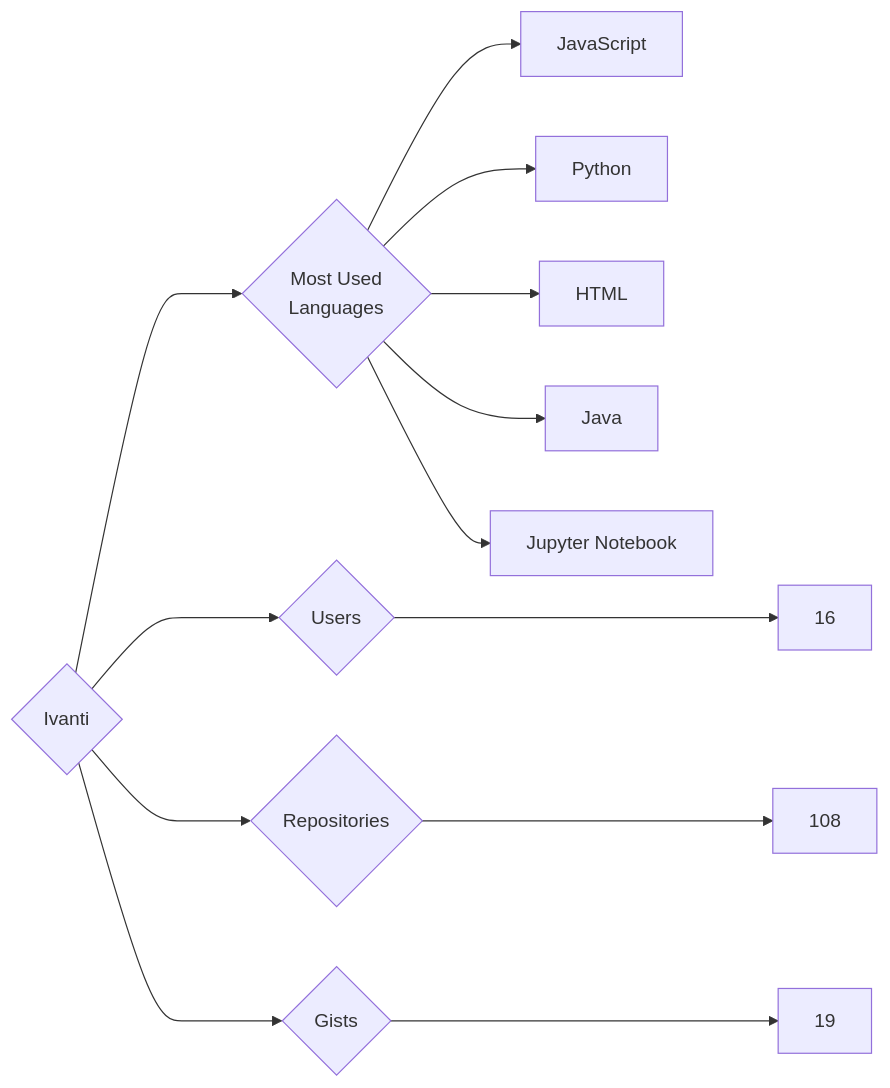
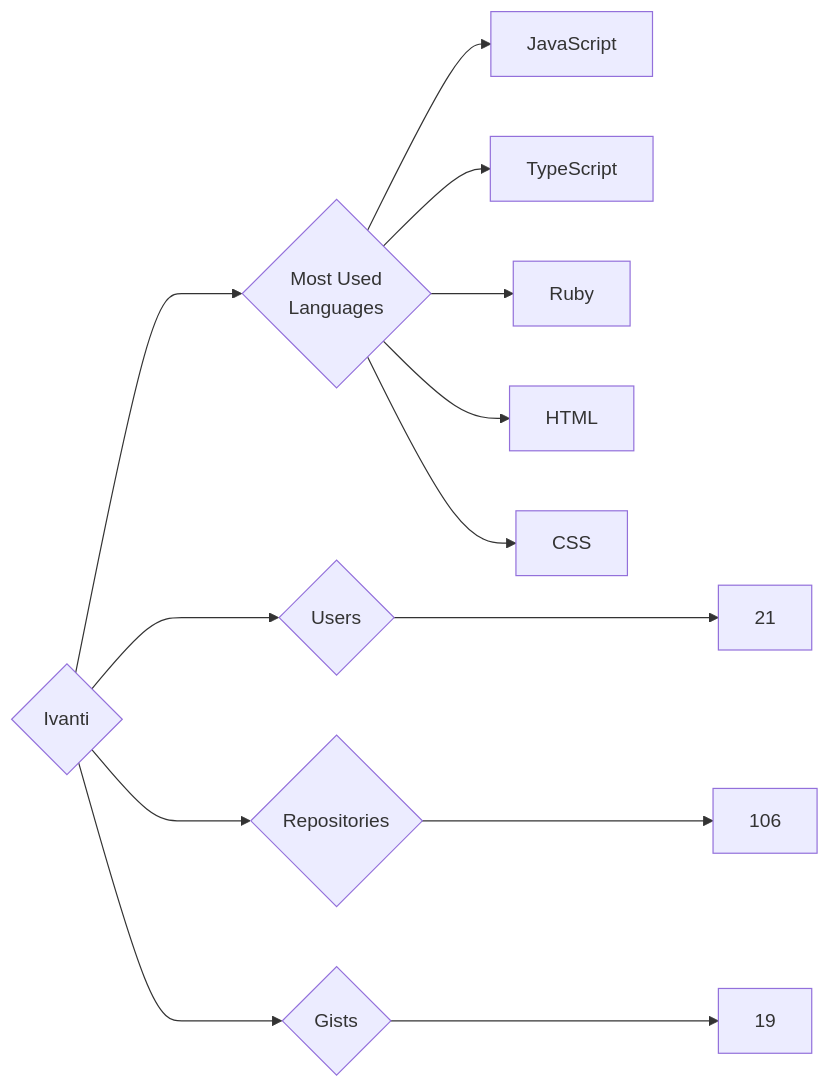
The diagram in targets/Ivanti/README.md (trickest/insiders), drawn with Mermaid before and after one commit. The commit also changed 757 other files, not shown here.

````diff
--- a/targets/Ivanti/README.md
+++ b/targets/Ivanti/README.md
@@ -3,13 +3,13 @@
 ```mermaid
 graph LR
 COMPANY_NAME{Ivanti}
-COMPANY_NAME ---> U{Users} ---> UN[16]
-COMPANY_NAME ---> R{Repositories} ---> RN[108]
+COMPANY_NAME ---> U{Users} ---> UN[21]
+COMPANY_NAME ---> R{Repositories} ---> RN[106]
 COMPANY_NAME ---> G{Gists} ---> GN[19]
 COMPANY_NAME ---> ML{Most Used<br>Languages}
 ML --> JavaScript[JavaScript]
-ML --> Python[Python]
+ML --> TypeScript[TypeScript]
+ML --> Ruby[Ruby]
 ML --> HTML[HTML]
-ML --> Java[Java]
-ML --> Jupyter_Notebook[Jupyter Notebook]
+ML --> CSS[CSS]
 ```
````
